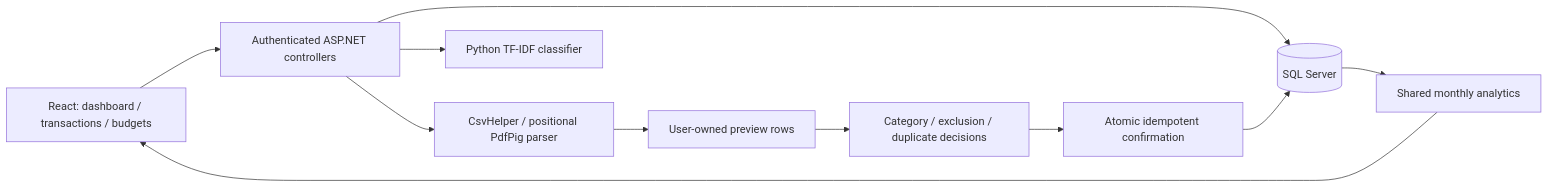
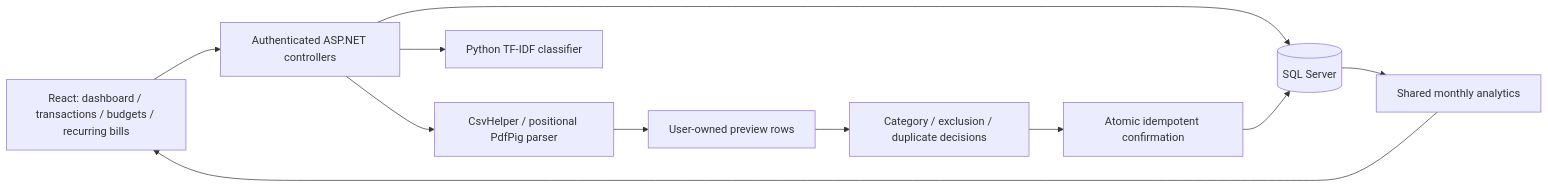
Before and after one commit to Ridokunda/finance-tracker: the diagram in README.md, drawn with Mermaid. The commit also changed other lines of this file and 30 other files, not shown here.

````diff
--- a/README.md
+++ b/README.md
@@ -88,13 +103,13 @@
 ```mermaid
 flowchart LR
-  UI[React: dashboard / transactions / budgets] --> API[Authenticated ASP.NET controllers]
+  UI[React: dashboard / transactions / budgets / recurring bills] --> API[Authenticated ASP.NET controllers]
   API --> SQL[(SQL Server)]
   API --> Parser[CsvHelper / positional PdfPig parser]
   API --> Classifier[Python TF-IDF classifier]
   Parser --> Preview[User-owned preview rows]
   Preview --> Review[Category / exclusion / duplicate decisions]
   Review --> Confirm[Atomic idempotent confirmation]
   Confirm --> SQL
   SQL --> Analytics[Shared monthly analytics]
   Analytics --> UI
 ```
````
